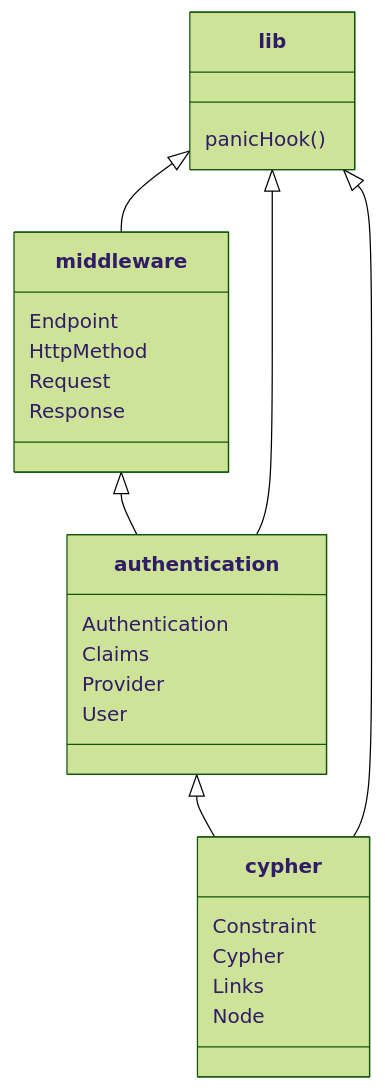
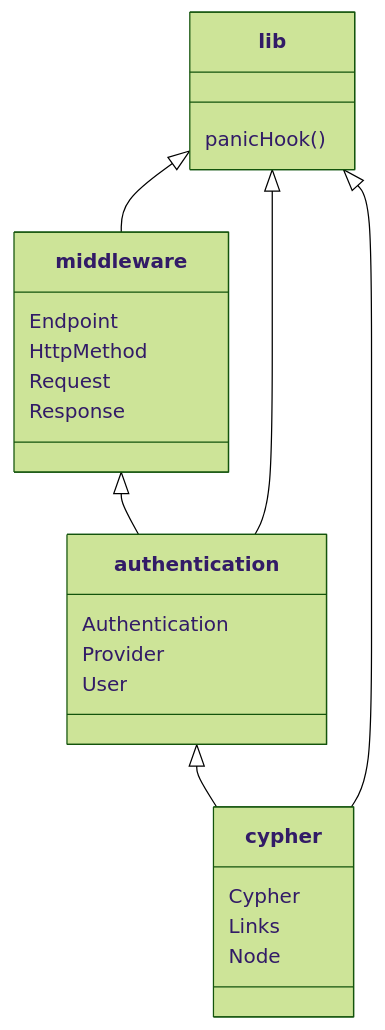
One commit to oceanicsdotio/oceanics.io changed the diagram in oceanics-io-api/README.md. Above: the diagram before and after it, drawn with Mermaid (forest theme). The commit also changed 7 other files, not shown here.

````diff
--- a/oceanics-io-api/README.md
+++ b/oceanics-io-api/README.md
@@ -55,30 +55,28 @@
 ```mermaid
 classDiagram
   class cypher{
-    Constraint
     Cypher
     Links
     Node
   } 
   authentication <|-- cypher
   class authentication{
     Authentication
-    Claims
     Provider
     User
   }
   middleware <|-- authentication
   class middleware{
     Endpoint
     HttpMethod
     Request
     Response
   }
   lib <|-- authentication
   lib <|-- cypher
   lib <|-- middleware
   class lib{
     panicHook()
   }
 
 ```
````
